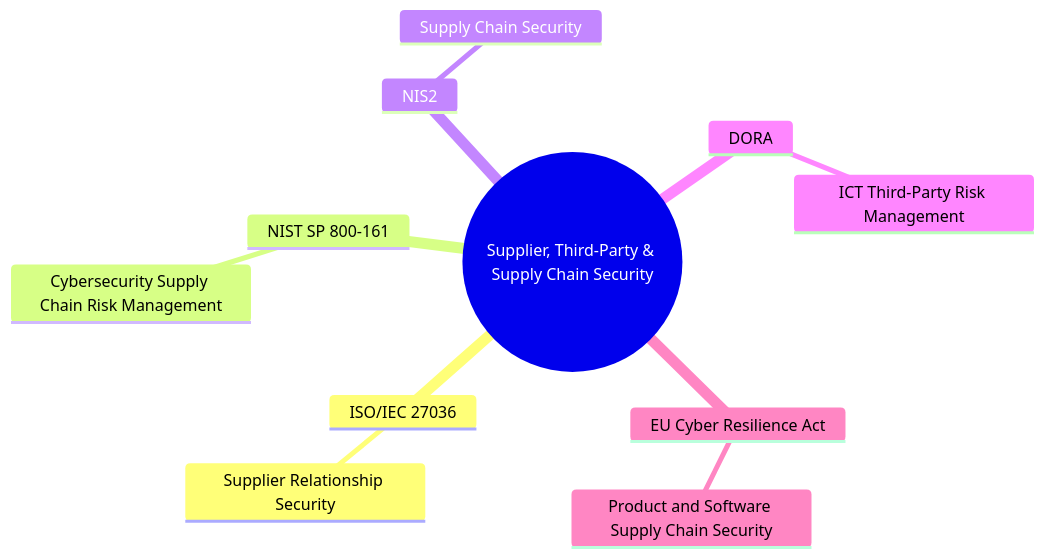
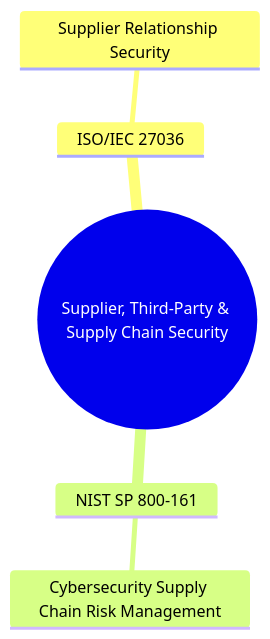
Before and after one commit to carybdea/mindmaps: the diagram in cybersecurity-grc-map/docs/supply-chain-security.md, drawn with Mermaid. The commit also changed 19 other files, not shown here.

First line of the commit message:
Reorganize mind map structure

````diff
--- a/cybersecurity-grc-map/docs/supply-chain-security.md
+++ b/cybersecurity-grc-map/docs/supply-chain-security.md
@@ -3,14 +3,8 @@
 ```mermaid
 mindmap
   root((Supplier, Third-Party & Supply Chain Security))
     ISO/IEC 27036
       Supplier Relationship Security
     NIST SP 800-161
       Cybersecurity Supply Chain Risk Management
-    NIS2
-      Supply Chain Security
-    DORA
-      ICT Third-Party Risk Management
-    EU Cyber Resilience Act
-      Product and Software Supply Chain Security
 ```
````
